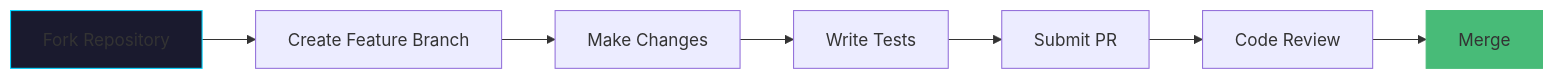
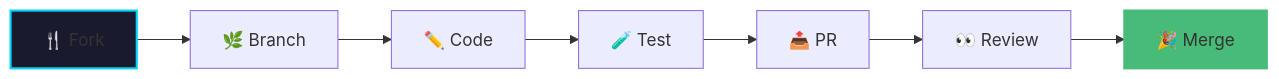
Before and after one commit to Anish-2005/StreakedIn: the fourth of 4 diagrams in README.md, drawn with Mermaid. The commit also changed other lines of this file, not shown here.

````diff
--- a/README.md
+++ b/README.md
@@ -359,12 +597,12 @@
 ```mermaid
 graph LR
-    A[Fork Repository] --> B[Create Feature Branch]
-    B --> C[Make Changes]
-    C --> D[Write Tests]
-    D --> E[Submit PR]
-    E --> F[Code Review]
-    F --> G[Merge]
+    A[🍴 Fork] --> B[🌿 Branch]
+    B --> C[✏️ Code]
+    C --> D[🧪 Test]
+    D --> E[📤 PR]
+    E --> F[👀 Review]
+    F --> G[🎉 Merge]
 
-    style A fill:#1a1a2e,stroke:#00d4ff
-    style G fill:#48bb78,stroke:#48bb78
+    style A fill:#1a1a2e,stroke:#00d4ff,stroke-width:2px
+    style G fill:#48bb78,stroke:#48bb78,stroke-width:2px
 ```
````
